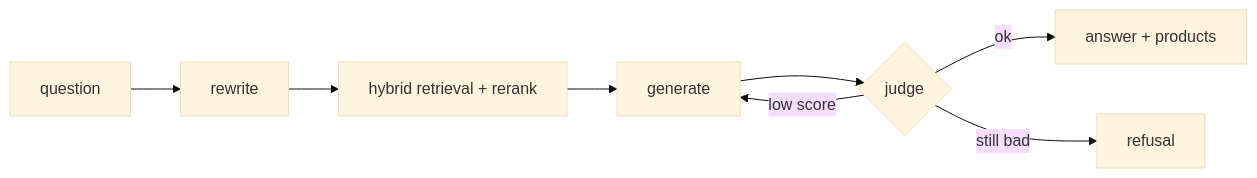
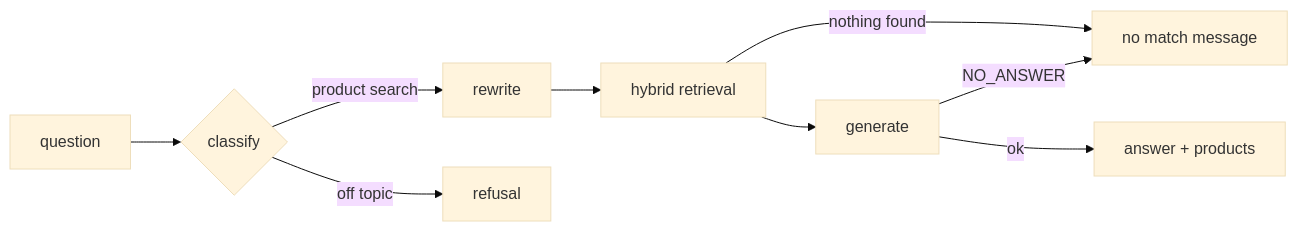
The diagram in readme.md (fsystemweb/rag-ecommerce), drawn with Mermaid (base theme) before and after one commit. The commit also changed other lines of this file and 23 other files, not shown here.

First line of the commit message:
Remove LLM rerank and grounding judge

````diff
--- a/readme.md
+++ b/readme.md
@@ -23,7 +23,8 @@
 ```mermaid
 flowchart LR
-  Q[question] --> R[rewrite] --> H[hybrid retrieval + rerank] --> G[generate] --> J{judge}
-  J -- ok --> A[answer + products]
-  J -- low score --> G
-  J -- still bad --> X[refusal]
+  Q[question] --> C{classify} -- product search --> R[rewrite] --> H[hybrid retrieval] --> G[generate]
+  C -- off topic --> X[refusal]
+  H -- nothing found --> N[no match message]
+  G -- NO_ANSWER --> N
+  G -- ok --> A[answer + products]
 ```
````
